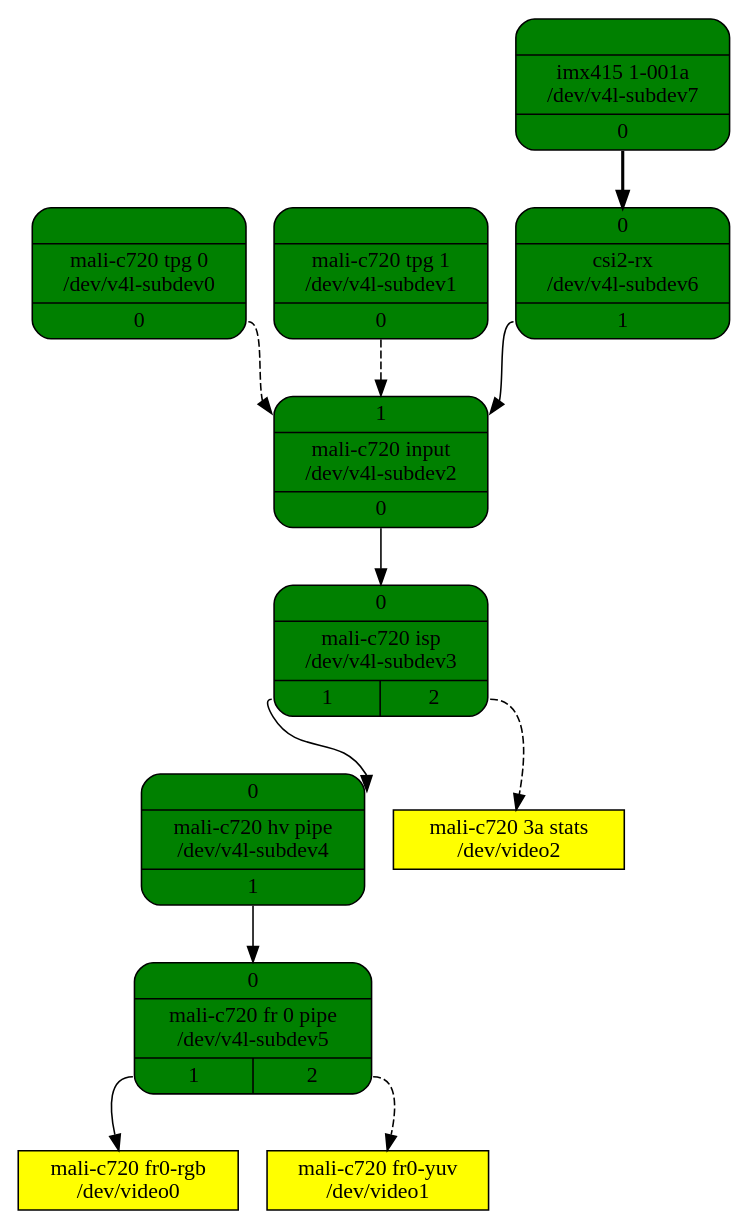
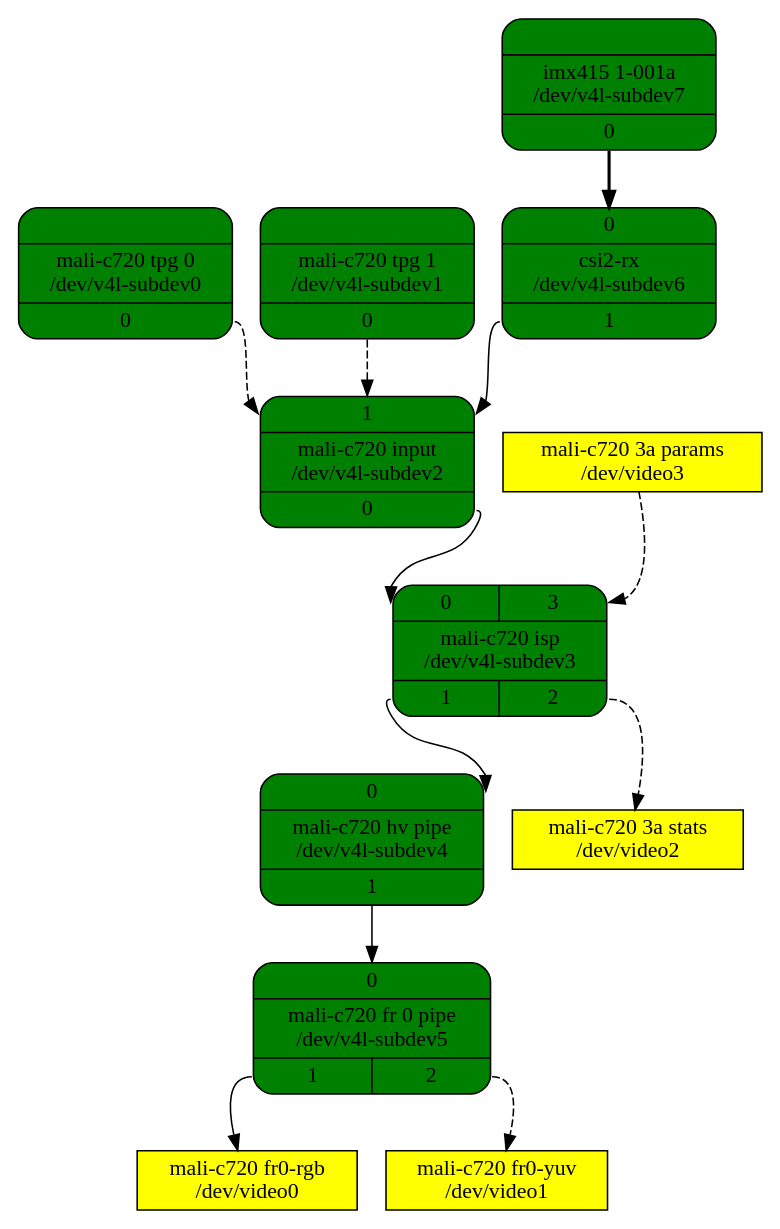
One commit to intel-lab-lkp/linux changed the diagram in Documentation/admin-guide/media/mali-c720-graph.dot. Above: the diagram before and after it, drawn with Graphviz. The commit also changed 3 other files, not shown here.

```diff
--- a/Documentation/admin-guide/media/mali-c720-graph.dot
+++ b/Documentation/admin-guide/media/mali-c720-graph.dot
@@ -1,24 +1,26 @@
 digraph board {
         rankdir=TB
         n00000001 [label="{{} | mali-c720 tpg 0\n/dev/v4l-subdev0 | {<port0> 0}}", shape=Mrecord, style=filled, fillcolor=green]
         n00000001:port0 -> n00000009:port1 [style=dashed]
         n00000003 [label="{{} | mali-c720 tpg 1\n/dev/v4l-subdev1 | {<port0> 0}}", shape=Mrecord, style=filled, fillcolor=green]
         n00000003:port0 -> n00000009:port1 [style=dashed]
         n00000009 [label="{{<port1> 1} | mali-c720 input\n/dev/v4l-subdev2 | {<port0> 0}}", shape=Mrecord, style=filled, fillcolor=green]
         n00000009:port0 -> n0000000c:port0
-        n0000000c [label="{{<port0> 0} | mali-c720 isp\n/dev/v4l-subdev3 | {<port1> 1 | <port2> 2}}", shape=Mrecord, style=filled, fillcolor=green]
+        n0000000c [label="{{<port0> 0 | <port3> 3} | mali-c720 isp\n/dev/v4l-subdev3 | {<port1> 1 | <port2> 2}}", shape=Mrecord, style=filled, fillcolor=green]
         n0000000c:port1 -> n00000014:port0
         n0000000c:port2 -> n0000006c [style=dashed]
         n00000014 [label="{{<port0> 0} | mali-c720 hv pipe\n/dev/v4l-subdev4 | {<port1> 1}}", shape=Mrecord, style=filled, fillcolor=green]
         n00000014:port1 -> n0000001c:port0
         n0000001c [label="{{<port0> 0} | mali-c720 fr 0 pipe\n/dev/v4l-subdev5 | {<port1> 1 | <port2> 2}}", shape=Mrecord, style=filled, fillcolor=green]
         n0000001c:port1 -> n00000038
         n0000001c:port2 -> n0000003c [style=dashed]
         n00000038 [label="mali-c720 fr0-rgb\n/dev/video0", shape=box, style=filled, fillcolor=yellow]
         n0000003c [label="mali-c720 fr0-yuv\n/dev/video1", shape=box, style=filled, fillcolor=yellow]
         n0000006c [label="mali-c720 3a stats\n/dev/video2", shape=box, style=filled, fillcolor=yellow]
+        n00000070 [label="mali-c720 3a params\n/dev/video3", shape=box, style=filled, fillcolor=yellow]
+        n00000070 -> n0000000c:port3 [style=dashed]
         n00000074 [label="{{<port0> 0} | csi2-rx\n/dev/v4l-subdev6 | {<port1> 1}}", shape=Mrecord, style=filled, fillcolor=green]
         n00000074:port1 -> n00000009:port1
         n00000079 [label="{{} | imx415 1-001a\n/dev/v4l-subdev7 | {<port0> 0}}", shape=Mrecord, style=filled, fillcolor=green]
         n00000079:port0 -> n00000074:port0 [style=bold]
 }
```
